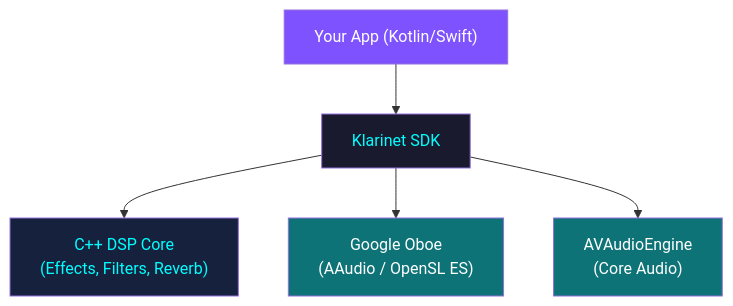
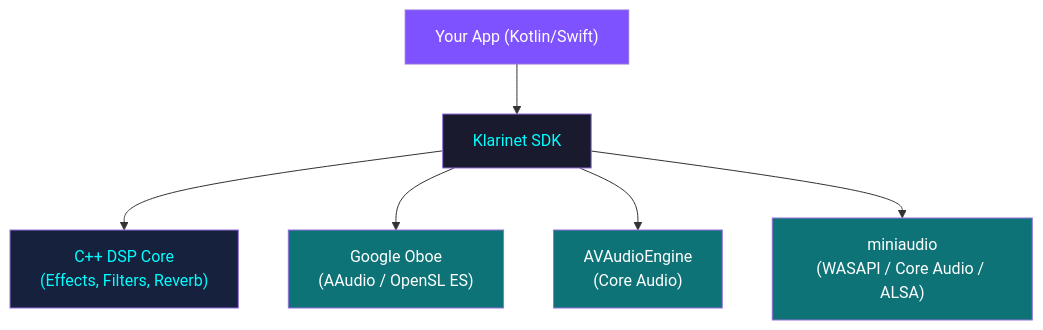
Before and after one commit to vectencia/Klarinet: the diagram in README.md, drawn with Mermaid. The commit also changed other lines of this file and 89 other files, not shown here.

````diff
--- a/README.md
+++ b/README.md
@@ -290,13 +333,15 @@
 ```mermaid
 graph TD
     A["Your App (Kotlin/Swift)"] --> B[Klarinet SDK]
     B --> C["C++ DSP Core<br/>(Effects, Filters, Reverb)"]
     B --> D["Google Oboe<br/>(AAudio / OpenSL ES)"]
     B --> E["AVAudioEngine<br/>(Core Audio)"]
+    B --> F["miniaudio<br/>(WASAPI / Core Audio / ALSA)"]
     
     style A fill:#7F52FF,color:#fff
     style B fill:#1a1a2e,color:#0ff
     style C fill:#16213e,color:#0ff
     style D fill:#0d7377,color:#fff
     style E fill:#0d7377,color:#fff
+    style F fill:#0d7377,color:#fff
 ```
````
